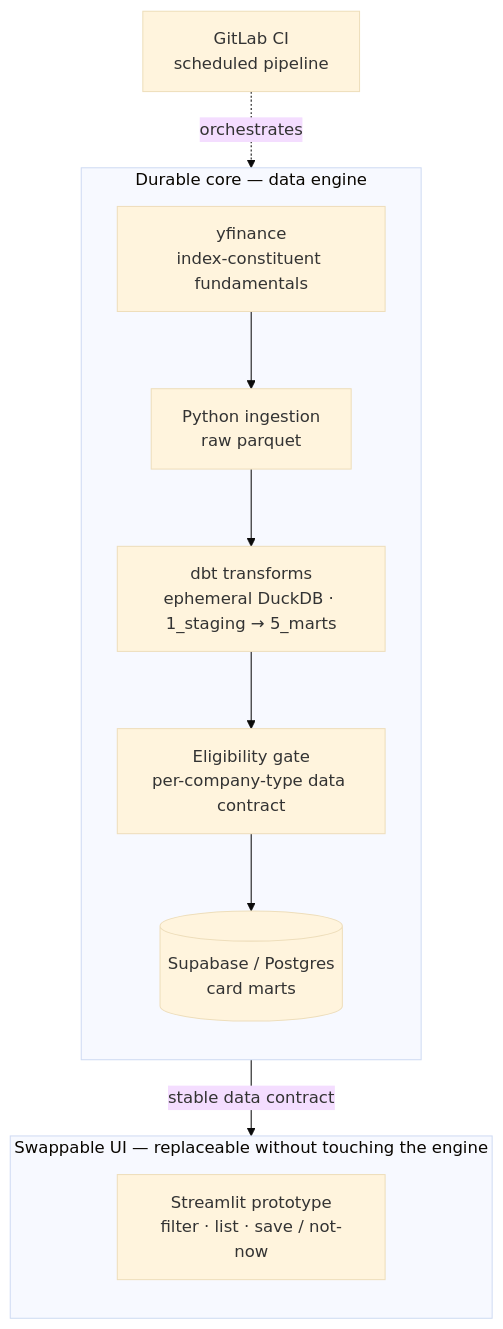
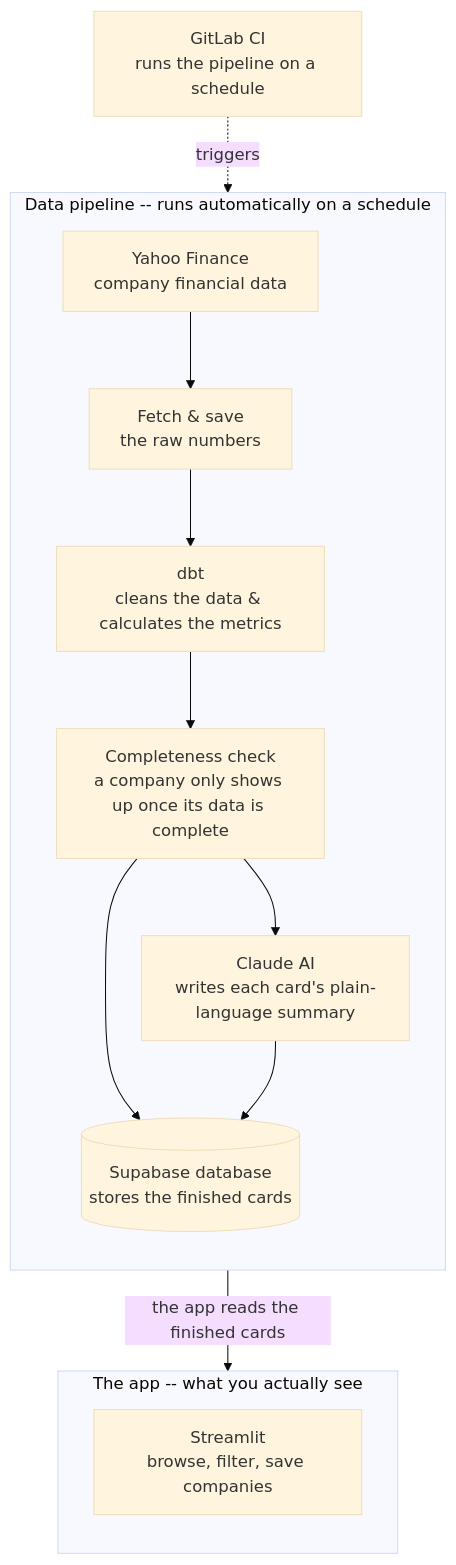
Before and after one commit to ramialfahham/stock-explorer-app: the diagram in README.md, drawn with Mermaid (base theme). The commit also changed other lines of this file and 2 other files, not shown here.

Commit message:
docs(readme): add the AI-written card read, fill in layout gaps, plain-language diagram
The AI-written card read (Claude Haiku) is a real, shipped component but was
never mentioned in the README -- not in the architecture diagram, Highlights,
or Stack table. Someone reading it would have no idea the app uses an LLM at
all. Adds it to all three, plus a Design decisions bullet on it being a soft
dependency (ANTHROPIC_API_KEY optional, citation-checked reads, a --max-reads
flag to cap new-call volume).

Also fills two minor gaps found in the same pass: tests/, storage/,
streamlit_app.py, and render.yaml were missing from the Project layout tree.

Rewrites the architecture diagram's node labels in plain language after the
owner asked for it to be readable by non-technical people -- tool names
(yfinance, dbt, Supabase, Claude, Streamlit, GitLab CI) stay as proper nouns,
internal jargon (ephemeral DuckDB, 1_staging -> 5_marts, card marts, data
contract) is gone from the diagram itself. Rendered in a real browser to
confirm the Mermaid syntax is valid, not just eyeballed.

````diff
--- a/README.md
+++ b/README.md
@@ -26,16 +26,18 @@
 ```mermaid
 flowchart TD
-    subgraph core["Durable core — data engine"]
+    subgraph core["Data pipeline -- runs automatically on a schedule"]
         direction TB
-        A["yfinance<br/>index-constituent fundamentals"] --> B["Python ingestion<br/>raw parquet"]
-        B --> C["dbt transforms<br/>ephemeral DuckDB · 1_staging → 5_marts"]
-        C --> D["Eligibility gate<br/>per-company-type data contract"]
-        D --> E[("Supabase / Postgres<br/>card marts")]
+        A["Yahoo Finance<br/>company financial data"] --> B["Fetch & save<br/>the raw numbers"]
+        B --> C["dbt<br/>cleans the data & calculates the metrics"]
+        C --> D["Completeness check<br/>a company only shows up once its data is complete"]
+        D --> E[("Supabase database<br/>stores the finished cards")]
+        D --> H["Claude AI<br/>writes each card's plain-language summary"]
+        H --> E
     end
-    E -->|"stable data contract"| F
-    subgraph ui["Swappable UI — replaceable without touching the engine"]
+    E -->|"the app reads the finished cards"| F
+    subgraph ui["The app -- what you actually see"]
         direction TB
-        F["Streamlit prototype<br/>filter · list · save / not-now"]
+        F["Streamlit<br/>browse, filter, save companies"]
     end
-    G["GitLab CI<br/>scheduled pipeline"] -.orchestrates.-> core
+    G["GitLab CI<br/>runs the pipeline on a schedule"] -.triggers.-> core
 ```
````
